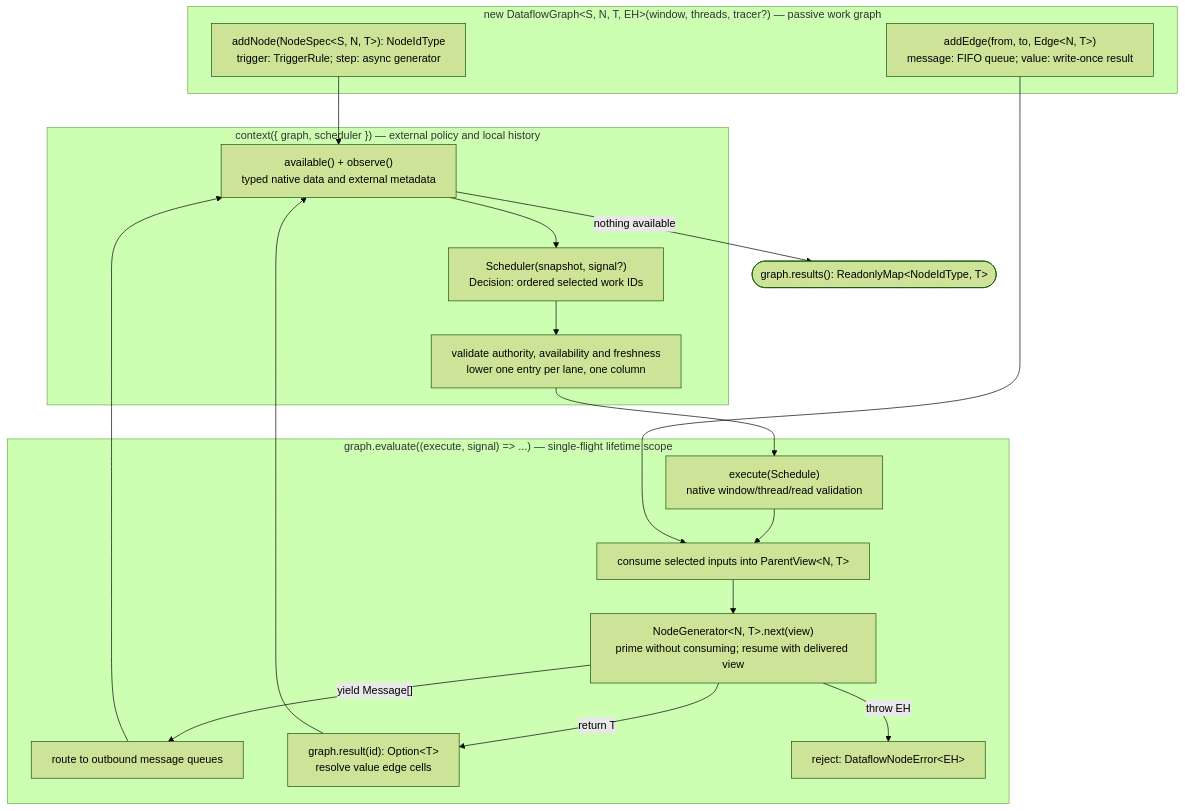
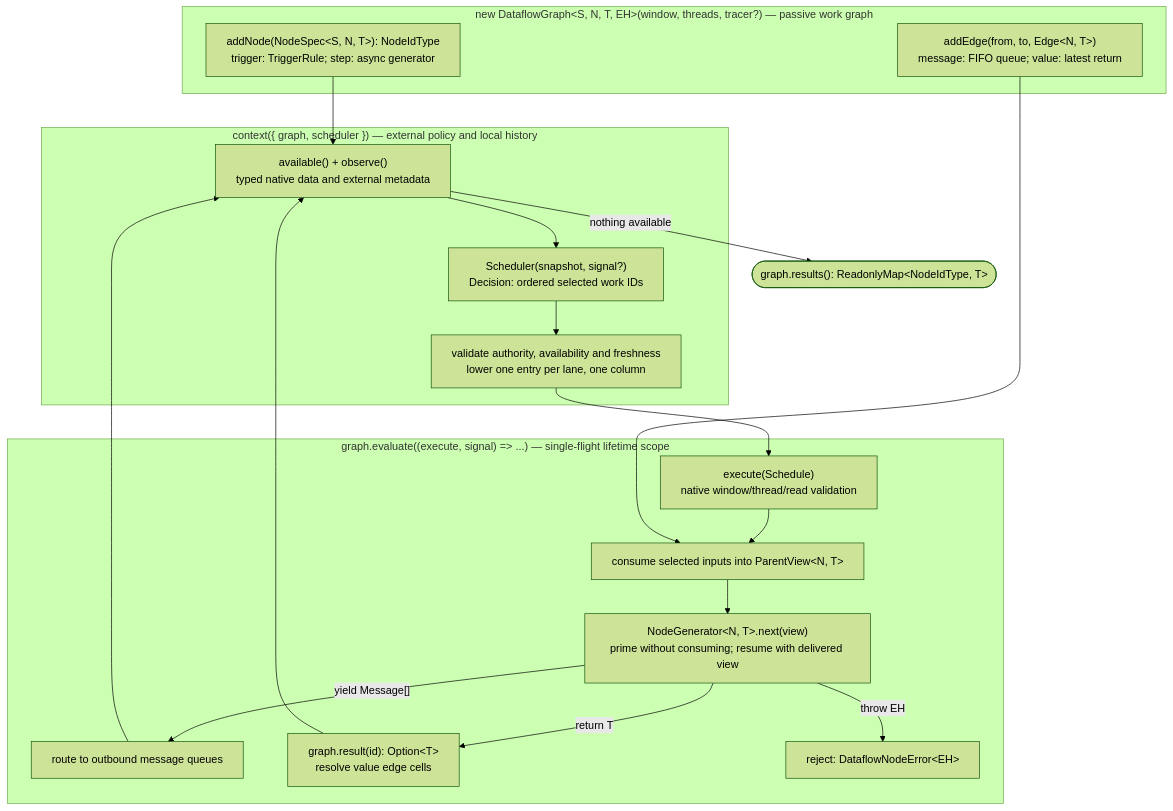
The diagram in packages/dataflow-engine/README.md (microsoft/junco), drawn with Mermaid (forest theme) before and after one commit. The commit also changed other lines of this file and 74 other files, not shown here.

First line of the commit message:
YAML-first junco-graph-create skill; code node syntax; std workflows/schedules

````diff
--- a/packages/dataflow-engine/README.md
+++ b/packages/dataflow-engine/README.md
@@ -9,25 +9,25 @@
 ```mermaid
 %%{init: {"flowchart": {"wrappingWidth": 360}}}%%
 flowchart TB
   subgraph Definition["new DataflowGraph#lt;S, N, T, EH#gt;(window, threads, tracer?) — passive work graph"]
     N["addNode(NodeSpec#lt;S, N, T#gt;): NodeIdType<br/>trigger: TriggerRule; step: async generator"]
-    E["addEdge(from, to, Edge#lt;N, T#gt;)<br/>message: FIFO queue; value: write-once result"]
+    E["addEdge(from, to, Edge#lt;N, T#gt;)<br/>message: FIFO queue; value: latest return"]
   end
   subgraph Context["context({ graph, scheduler }) — external policy and local history"]
     A["available() + observe()<br/>typed native data and external metadata"] --> P["Scheduler(snapshot, signal?)<br/>Decision: ordered selected work IDs"]
     P --> L["validate authority, availability and freshness<br/>lower one entry per lane, one column"]
   end
   subgraph Execution["graph.evaluate((execute, signal) => ...) — single-flight lifetime scope"]
     L --> K["execute(Schedule)<br/>native window/thread/read validation"]
     K --> X["consume selected inputs into ParentView#lt;N, T#gt;"]
     X --> G["NodeGenerator#lt;N, T#gt;.next(view)<br/>prime without consuming; resume with delivered view"]
     G -- "yield Message[]" --> B["route to outbound message queues"]
     G -- "return T" --> R["graph.result(id): Option#lt;T#gt;<br/>resolve value edge cells"]
     G -- "throw EH" --> F["reject: DataflowNodeError#lt;EH#gt;"]
   end
   N --> A
   E --> X
   B --> A
   R --> A
   A -- "nothing available" --> Z(["graph.results(): ReadonlyMap#lt;NodeIdType, T#gt;"])
 ```
````
